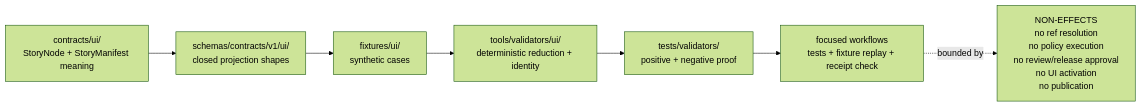
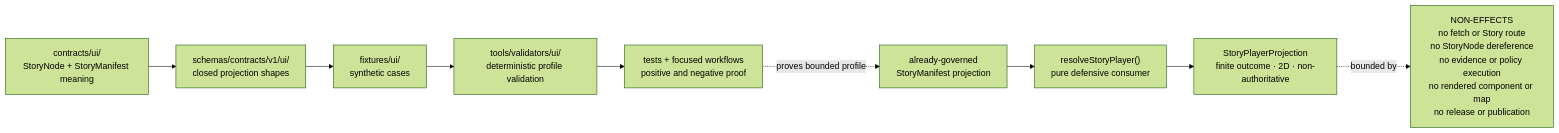
Before and after one commit to bartytime4life/Kansas-Frontier-Matrix: the first of 2 diagrams in docs/architecture/story/README.md, drawn with Mermaid (forest theme). The commit also changed other lines of this file, not shown here.

Commit message:
docs(architecture): reconcile Story subsystem runtime state

````diff
--- a/docs/architecture/story/README.md
+++ b/docs/architecture/story/README.md
@@ -331,14 +405,18 @@
 ```mermaid
 flowchart LR
     C["contracts/ui/<br/>StoryNode + StoryManifest meaning"]
     S["schemas/contracts/v1/ui/<br/>closed projection shapes"]
     F["fixtures/ui/<br/>synthetic cases"]
-    V["tools/validators/ui/<br/>deterministic reduction + identity"]
-    T["tests/validators/<br/>positive + negative proof"]
-    W["focused workflows<br/>tests + fixture replay + receipt check"]
+    V["tools/validators/ui/<br/>deterministic profile validation"]
+    T["tests + focused workflows<br/>positive and negative proof"]
+    P["already-governed<br/>StoryManifest projection"]
+    R["resolveStoryPlayer()<br/>pure defensive consumer"]
+    O["StoryPlayerProjection<br/>finite outcome · 2D · non-authoritative"]
 
-    C --> S --> F --> V --> T --> W
+    C --> S --> F --> V --> T
+    T -. proves bounded profile .-> P
+    P --> R --> O
 
-    N["NON-EFFECTS<br/>no ref resolution<br/>no policy execution<br/>no review/release approval<br/>no UI activation<br/>no publication"]
-    W -. bounded by .-> N
+    N["NON-EFFECTS<br/>no fetch or Story route<br/>no StoryNode dereference<br/>no evidence or policy execution<br/>no rendered component or map<br/>no release or publication"]
+    O -. bounded by .-> N
 ```
````
